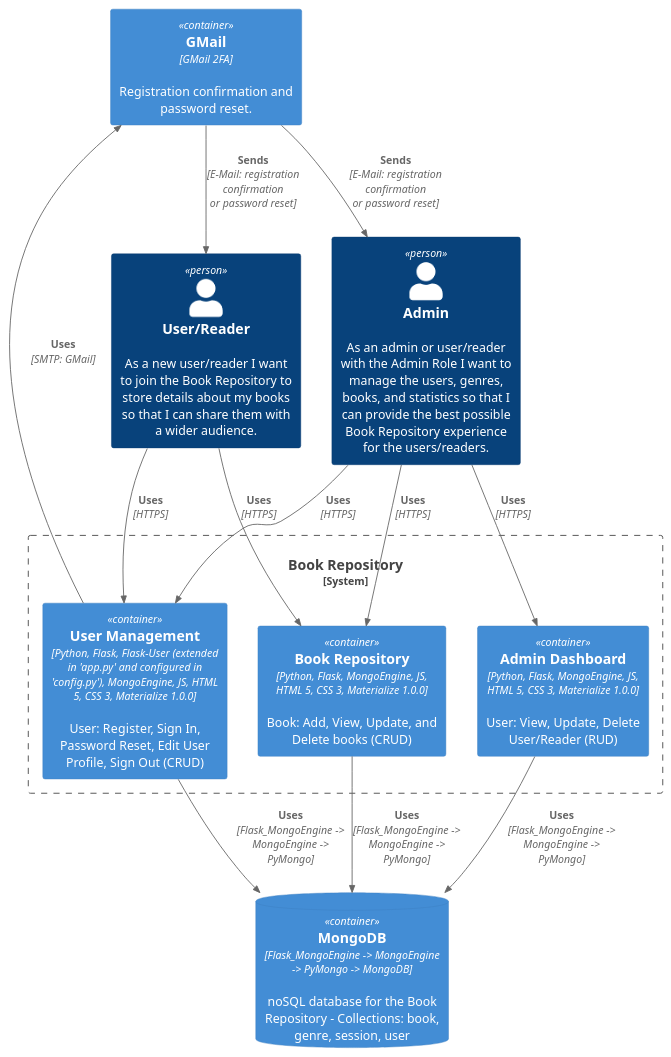
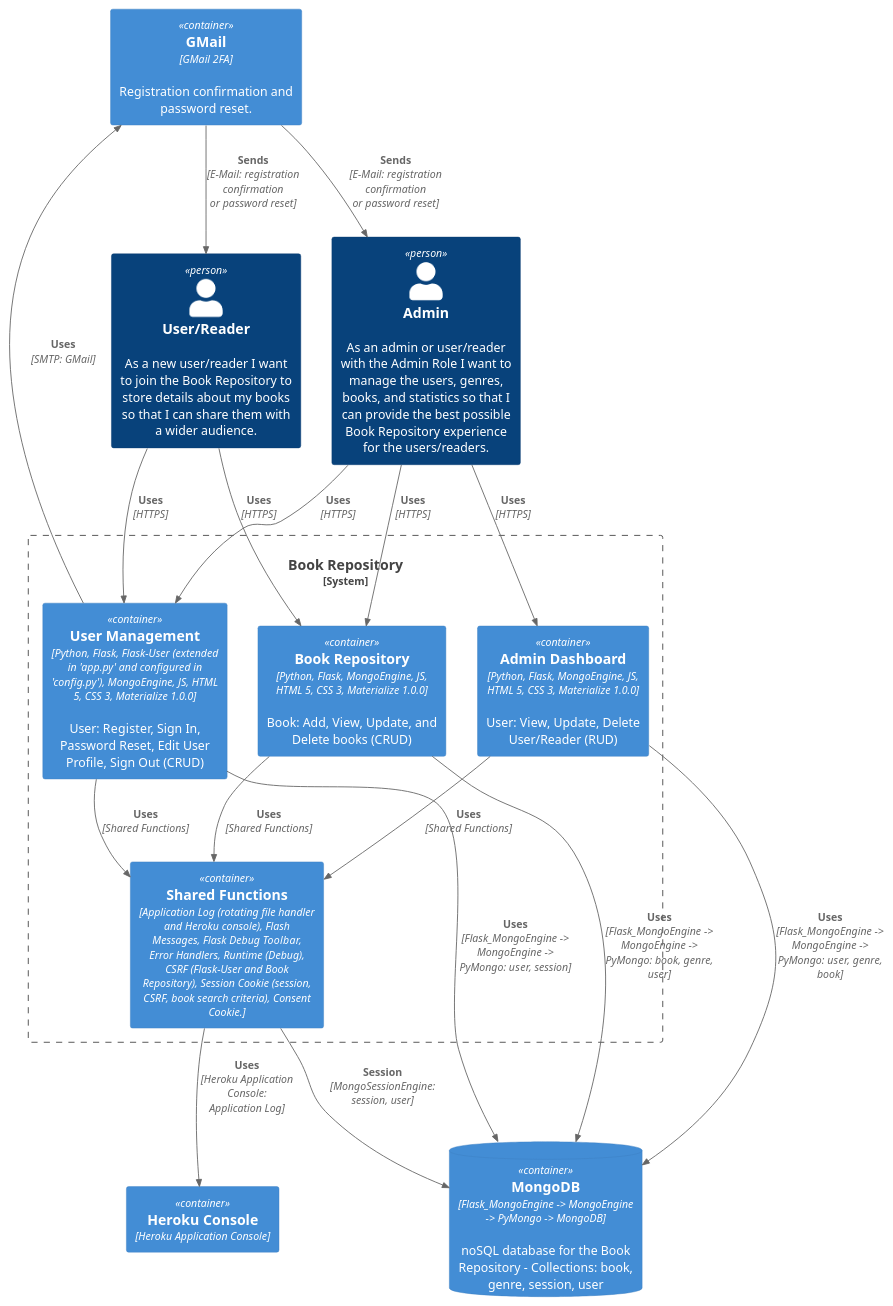
One commit to NaoiseGaffney/BookRepository changed the diagram in documentation/book_repository_container.puml. Above: the diagram before and after it, drawn with PlantUML. The commit also changed 14 other files, not shown here.

First line of the commit message:
Addded SESSION_COOKIE_SECURE = True to 'config.py' to ensure the session cookie is always transferred over HTTPS and not HTTP.

```diff
--- a/documentation/book_repository_container.puml
+++ b/documentation/book_repository_container.puml
@@ -1,23 +1,30 @@
 !includeurl https://raw.githubusercontent.com/RicardoNiepel/C4-PlantUML/release/1-0/C4_Container.puml
 
 Person(userAlias, "User/Reader", "As a new user/reader I want to join the Book Repository to store details about my books so that I can share them with a wider audience.")
 Person(adminAlias, "Admin", "As an admin or user/reader with the Admin Role I want to manage the users, genres, books, and statistics so that I can provide the best possible Book Repository experience for the users/readers.")
 System_Boundary(c1, "Book Repository") {
     Container(user_management, "User Management", "Python, Flask, Flask-User (extended in 'app.py' and configured in 'config.py'), MongoEngine, JS, HTML 5, CSS 3, Materialize 1.0.0", "User: Register, Sign In, Password Reset, Edit User Profile, Sign Out (CRUD)")
     Container(book_repository, "Book Repository", "Python, Flask, MongoEngine, JS, HTML 5, CSS 3, Materialize 1.0.0", "Book: Add, View, Update, and Delete books (CRUD)")
     Container(admin_dashboard, "Admin Dashboard", "Python, Flask, MongoEngine, JS, HTML 5, CSS 3, Materialize 1.0.0", "User: View, Update, Delete User/Reader (RUD)")
+    Container(shared_functions, "Shared Functions", "Application Log (rotating file handler and Heroku console), Flash Messages, Flask Debug Toolbar, Error Handlers, Runtime (Debug), CSRF (Flask-User and Book Repository), Session Cookie (session, CSRF, book search criteria), Consent Cookie.")
 }
 ContainerDb(database, "MongoDB", "Flask_MongoEngine -> MongoEngine -> PyMongo -> MongoDB" ,"noSQL database for the Book Repository - Collections: book, genre, session, user")
 Container(gmail, "GMail", "GMail 2FA", "Registration confirmation and password reset.")
+Container(h_console, "Heroku Console", "Heroku Application Console")
 
 Rel(userAlias, user_management, "Uses", "HTTPS")
 Rel(userAlias, book_repository, "Uses", "HTTPS")
 Rel(adminAlias, user_management, "Uses", "HTTPS")
 Rel(adminAlias, book_repository, "Uses", "HTTPS")
 Rel(adminAlias, admin_dashboard, "Uses", "HTTPS")
 Rel(user_management, gmail, "Uses", "SMTP: GMail")
 Rel(gmail, userAlias, "Sends", "E-Mail: registration confirmation or password reset")
 Rel(gmail, adminAlias, "Sends", "E-Mail: registration confirmation or password reset")
-Rel(admin_dashboard, database, "Uses", "Flask_MongoEngine -> MongoEngine -> PyMongo")
-Rel(book_repository, database, "Uses", "Flask_MongoEngine -> MongoEngine -> PyMongo")
-Rel(user_management, database, "Uses", "Flask_MongoEngine -> MongoEngine -> PyMongo")
+Rel(admin_dashboard, database, "Uses", "Flask_MongoEngine -> MongoEngine -> PyMongo: user, genre, book")
+Rel(book_repository, database, "Uses", "Flask_MongoEngine -> MongoEngine -> PyMongo: book, genre, user")
+Rel(user_management, database, "Uses", "Flask_MongoEngine -> MongoEngine -> PyMongo: user, session")
+Rel(shared_functions, database, "Session", "MongoSessionEngine: session, user")
+Rel_D(user_management, shared_functions, "Uses", "Shared Functions")
+Rel_D(book_repository, shared_functions, "Uses", "Shared Functions")
+Rel_D(admin_dashboard, shared_functions, "Uses", "Shared Functions")
+Rel_D(shared_functions, h_console, "Uses", "Heroku Application Console: Application Log")
```
